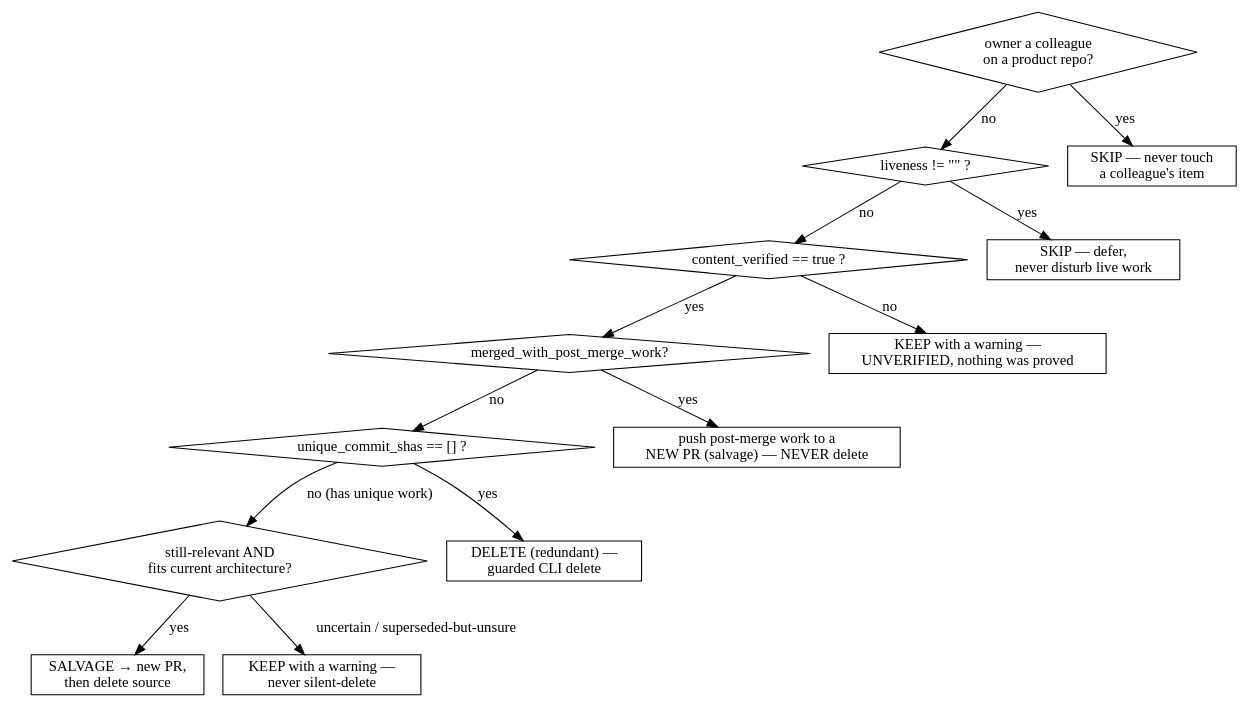
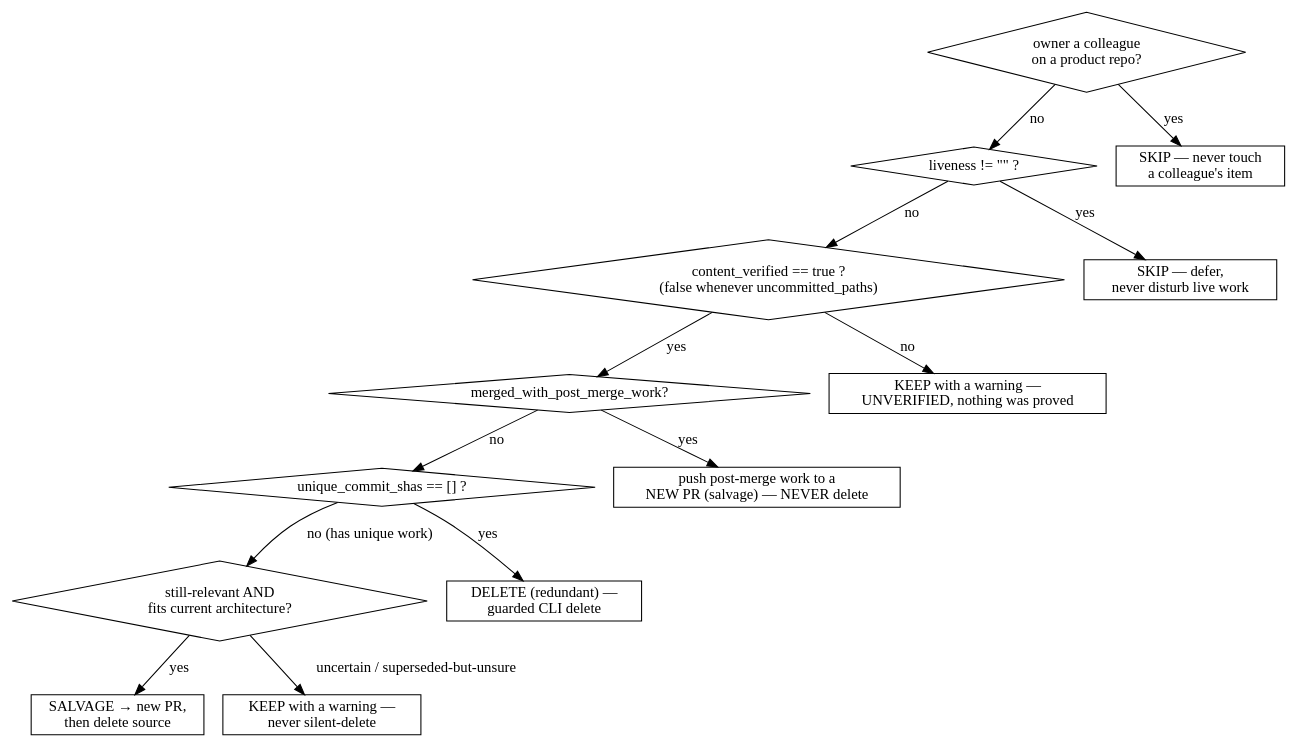
Before and after one commit to souliane/teatree: the diagram in skills/sweeping-worktrees/SKILL.md, drawn with Graphviz. The commit also changed other lines of this file and 20 other files, not shown here.

````diff
--- a/skills/sweeping-worktrees/SKILL.md
+++ b/skills/sweeping-worktrees/SKILL.md
@@ -90,30 +98,30 @@
 ```dot
 digraph route {
   rankdir=TB; node [shape=box];
   own  [shape=diamond, label="owner a colleague\non a product repo?"];
   live [shape=diamond, label="liveness != \"\" ?"];
-  ver  [shape=diamond, label="content_verified == true ?"];
+  ver  [shape=diamond, label="content_verified == true ?\n(false whenever uncommitted_paths)"];
   pmw  [shape=diamond, label="merged_with_post_merge_work?"];
   uniq [shape=diamond, label="unique_commit_shas == [] ?"];
   rel  [shape=diamond, label="still-relevant AND\nfits current architecture?"];
   skip1 [label="SKIP — never touch\na colleague's item"];
   skip2 [label="SKIP — defer,\nnever disturb live work"];
   unver [label="KEEP with a warning —\nUNVERIFIED, nothing was proved"];
   newpr [label="push post-merge work to a\nNEW PR (salvage) — NEVER delete"];
   del   [label="DELETE (redundant) —\nguarded CLI delete"];
   salv  [label="SALVAGE → new PR,\nthen delete source"];
   keep  [label="KEEP with a warning —\nnever silent-delete"];
   own -> skip1 [label="yes"];
   own -> live  [label="no"];
   live -> skip2 [label="yes"];
   live -> ver   [label="no"];
   ver -> unver [label="no"];
   ver -> pmw   [label="yes"];
   pmw -> newpr [label="yes"];
   pmw -> uniq  [label="no"];
   uniq -> del  [label="yes"];
   uniq -> rel  [label="no (has unique work)"];
   rel -> salv  [label="yes"];
   rel -> keep  [label="uncertain / superseded-but-unsure"];
 }
 ```
````
